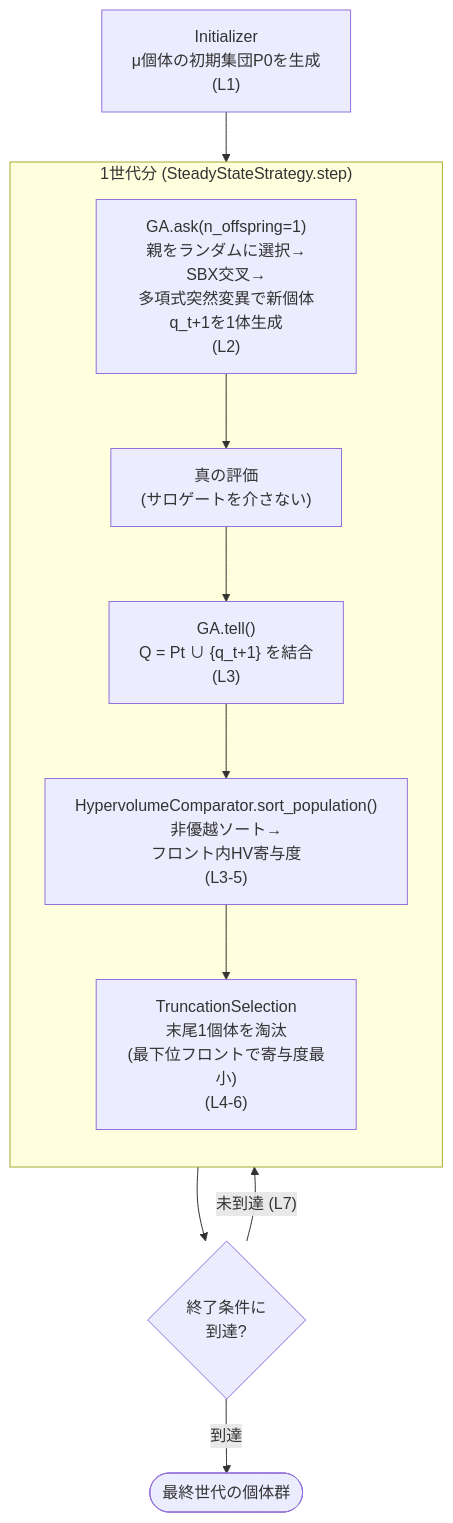
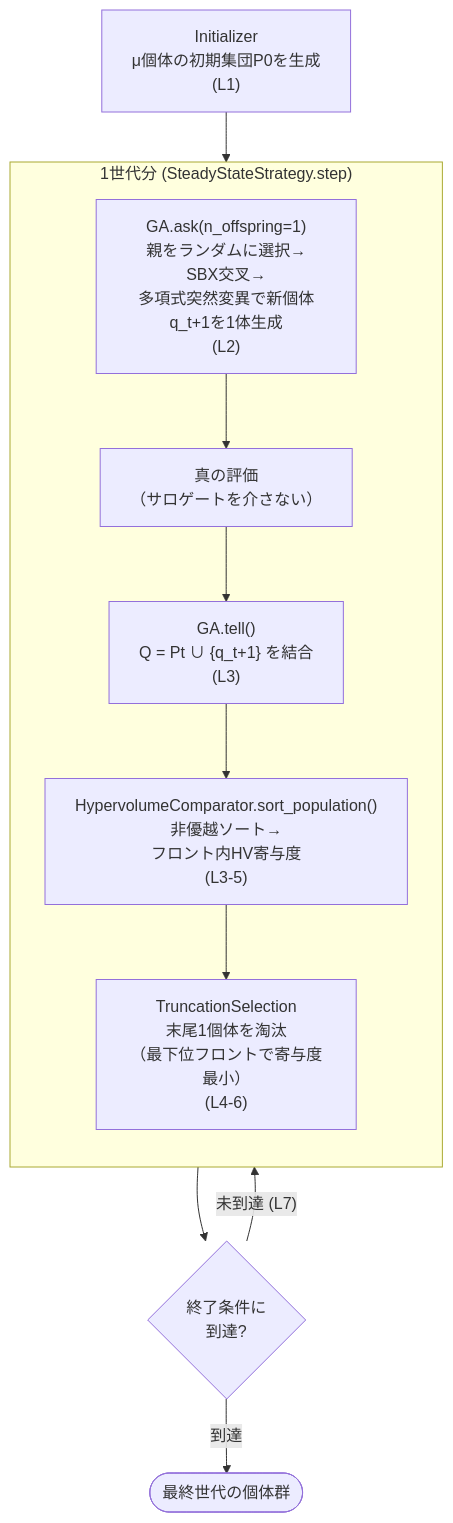
One commit to shlka/saealib changed the diagram in docs/algorithms/sms_emoa.md. Above: the diagram before and after it, drawn with Mermaid. The commit also changed other lines of this file and 40 other files, not shown here.

````diff
--- a/docs/algorithms/sms_emoa.md
+++ b/docs/algorithms/sms_emoa.md
@@ -131,14 +131,14 @@
 ```{mermaid}
 flowchart TD
     INIT["Initializer<br/>μ個体の初期集団P0を生成<br/>(L1)"] --> GEN
     subgraph GEN["1世代分 (SteadyStateStrategy.step)"]
         direction TB
-        ASK["GA.ask(n_offspring=1)<br/>親をランダムに選択→<br/>SBX交叉→<br/>多項式突然変異で新個体q_t+1を1体生成<br/>(L2)"] --> EVAL["真の評価<br/>(サロゲートを介さない)"]
+        ASK["GA.ask(n_offspring=1)<br/>親をランダムに選択→<br/>SBX交叉→<br/>多項式突然変異で新個体q_t+1を1体生成<br/>(L2)"] --> EVAL["真の評価<br/>（サロゲートを介さない）"]
         EVAL --> COMB["GA.tell()<br/>Q = Pt ∪ {q_t+1} を結合<br/>(L3)"]
         COMB --> SORT["HypervolumeComparator.sort_population()<br/>非優越ソート→<br/>フロント内HV寄与度<br/>(L3-5)"]
-        SORT --> TRUNC["TruncationSelection<br/>末尾1個体を淘汰<br/>(最下位フロントで寄与度最小)<br/>(L4-6)"]
+        SORT --> TRUNC["TruncationSelection<br/>末尾1個体を淘汰<br/>（最下位フロントで寄与度最小）<br/>(L4-6)"]
     end
     GEN --> TERM{"終了条件に<br/>到達?"}
     TERM -- "未到達 (L7)" --> GEN
     TERM -- "到達" --> RESULT(["最終世代の個体群"])
 ```
````
